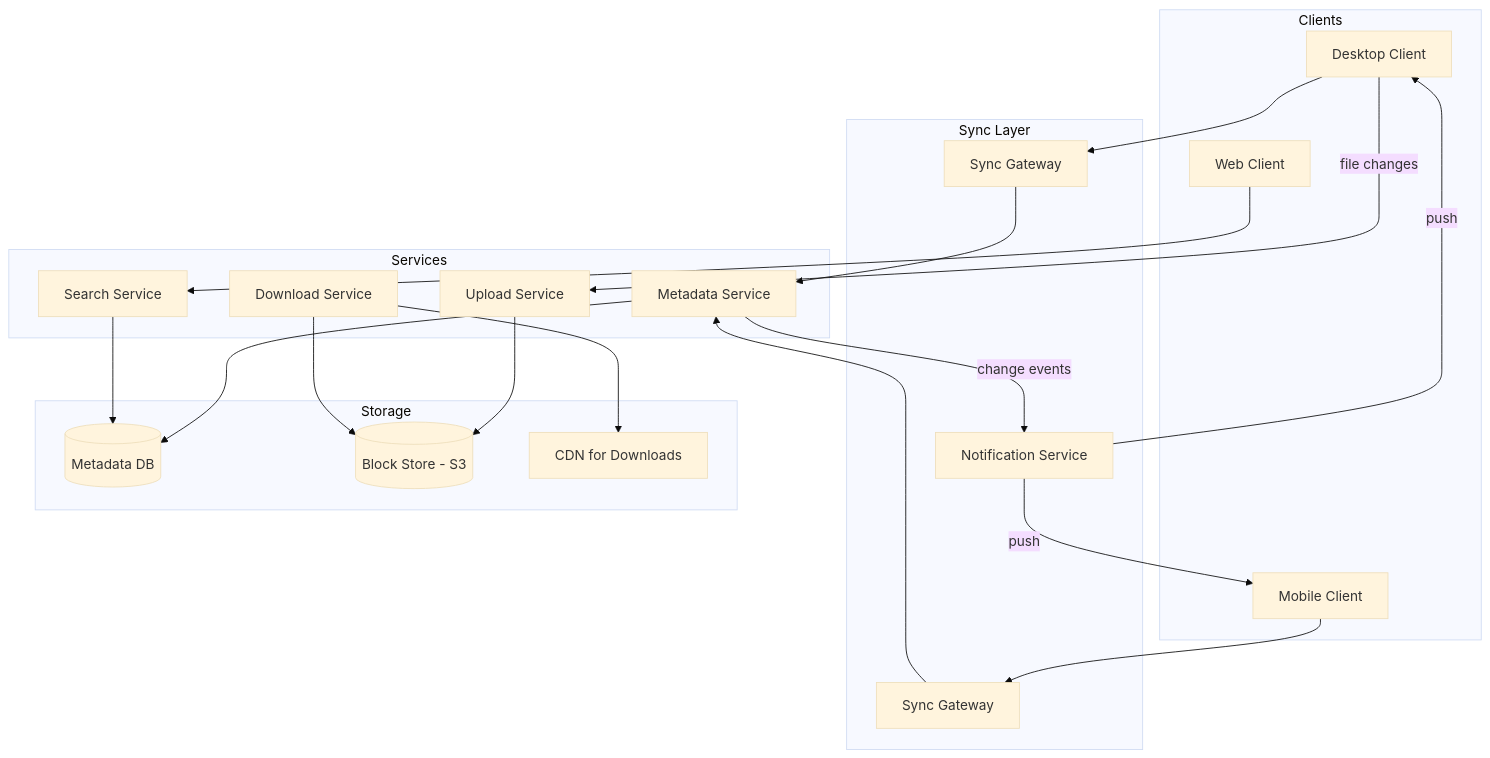
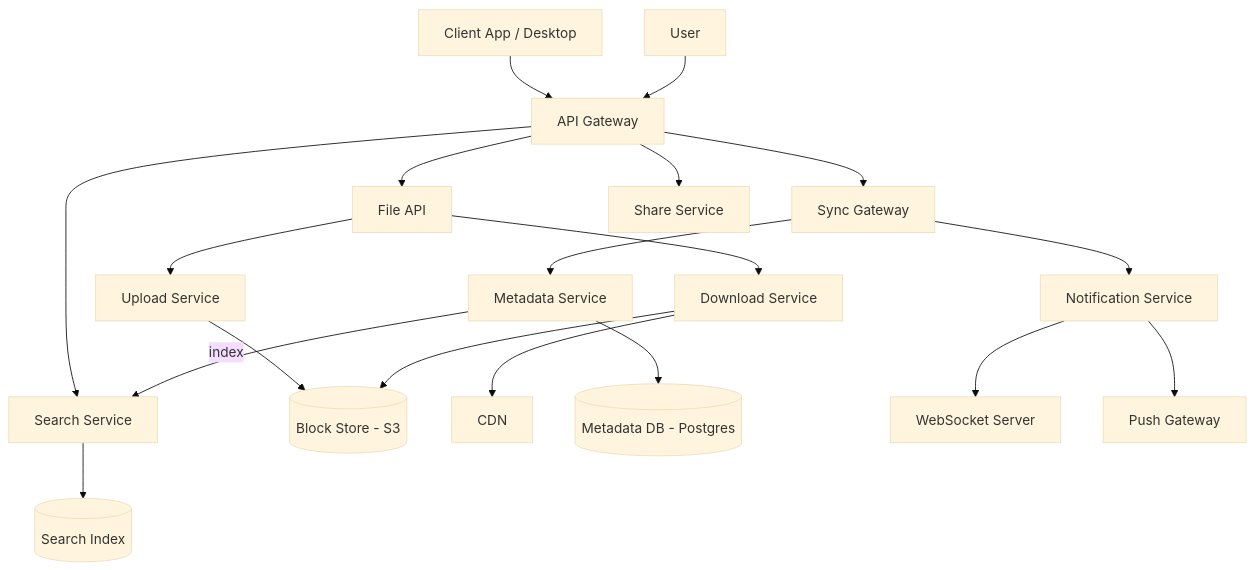
Before and after one commit to abhishekghoshh/system-design-helper: the first of 12 diagrams in docs/system-design/high-level/designing/advanced/google-drive.md, drawn with Mermaid (base theme). The commit also changed other lines of this file and 107 other files, not shown here.

````diff
--- a/docs/system-design/high-level/designing/advanced/google-drive.md
+++ b/docs/system-design/high-level/designing/advanced/google-drive.md
@@ -273,38 +49,21 @@
 ```mermaid
 graph TD
-  subgraph "Clients"
-    Desktop[Desktop Client]
-    Mobile[Mobile Client]
-    Web[Web Client]
-  end
-  subgraph "Sync Layer"
-    SyncGW1[Sync Gateway]
-    SyncGW2[Sync Gateway]
-    NotifySvc[Notification Service]
-  end
-  subgraph "Services"
-    MetaSvc[Metadata Service]
-    UploadSvc[Upload Service]
-    DownloadSvc[Download Service]
-    SearchSvc[Search Service]
-  end
-  subgraph "Storage"
-    MetaDB[(Metadata DB)]
-    BlockStore[(Block Store - S3)]
-    CDN[CDN for Downloads]
-  end
-  Desktop --> SyncGW1
-  Mobile --> SyncGW2
-  Web --> SearchSvc
-  SyncGW1 --> MetaSvc
-  SyncGW2 --> MetaSvc
-  Desktop -->|file changes| UploadSvc
-  UploadSvc --> BlockStore
-  MetaSvc --> MetaDB
-  DownloadSvc --> CDN
-  DownloadSvc --> BlockStore
-  MetaSvc -->|change events| NotifySvc
-  NotifySvc -->|push| Desktop
-  NotifySvc -->|push| Mobile
-  SearchSvc --> MetaDB
+    Client[Client App / Desktop] --> API[API Gateway]
+    API --> SyncGW[Sync Gateway]
+    API --> FileAPI[File API]
+    API --> ShareSvc[Share Service]
+    API --> SearchSvc[Search Service]
+    SyncGW --> MetaSvc[Metadata Service]
+    SyncGW --> NotifySvc[Notification Service]
+    FileAPI --> UploadSvc[Upload Service]
+    FileAPI --> DownloadSvc[Download Service]
+    UploadSvc --> BlockStore[(Block Store - S3)]
+    DownloadSvc --> CDN[CDN]
+    DownloadSvc --> BlockStore
+    MetaSvc --> MetaDB[(Metadata DB - Postgres)]
+    MetaSvc -->|index| SearchSvc
+    SearchSvc --> SearchIdx[(Search Index)]
+    NotifySvc --> WS[WebSocket Server]
+    NotifySvc --> Push[Push Gateway]
+    User[User] --> API
 ```
````
